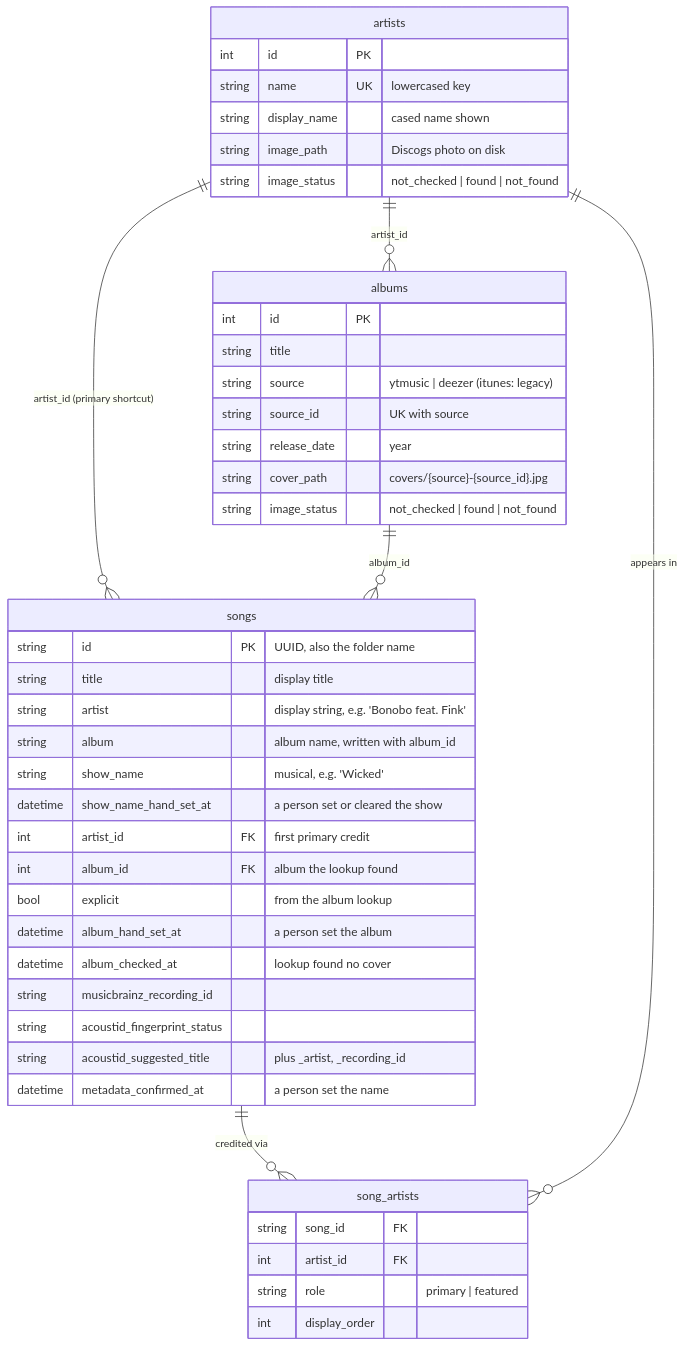
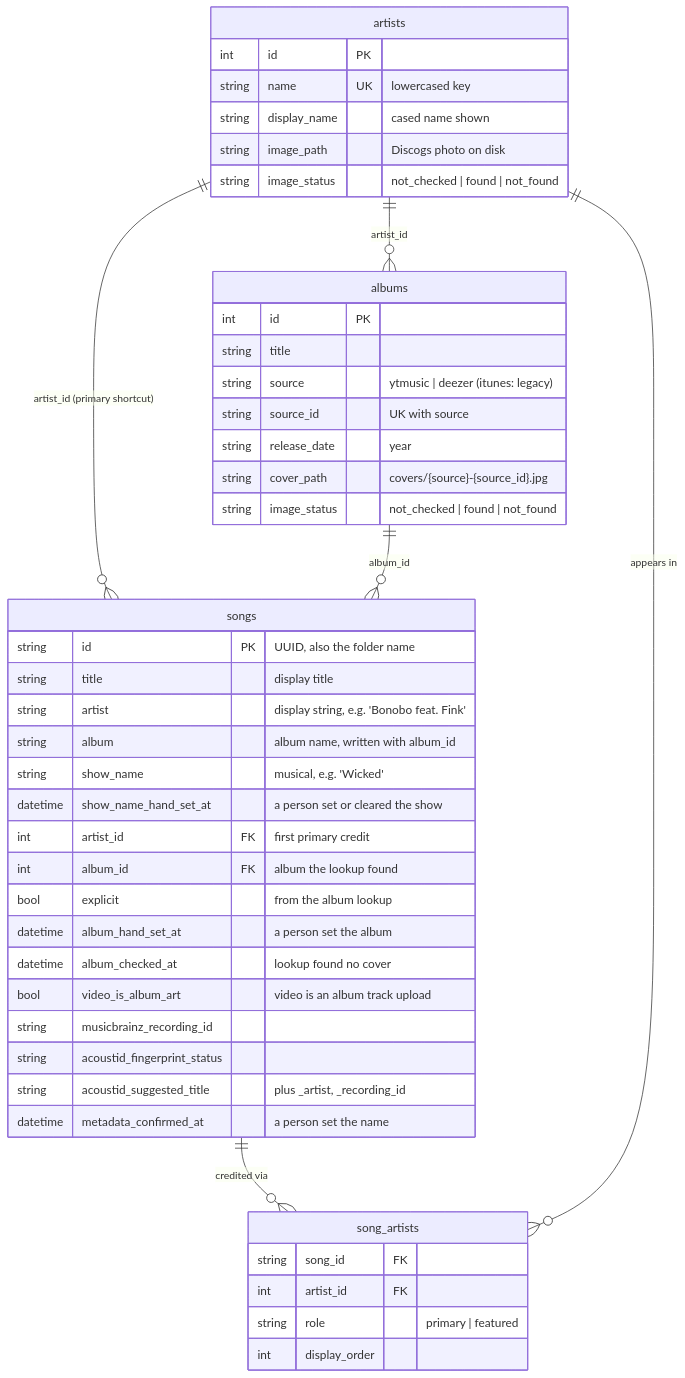
One commit to spencerfrost/open-karaoke-studio changed the second of 10 diagrams in docs/domains/song-library.md. Above: the diagram before and after it, drawn with Mermaid. The commit also changed other lines of this file and 22 other files, not shown here.

First line of the commit message:
feat(library): mark album-art videos and show their cover once

````diff
--- a/docs/domains/song-library.md
+++ b/docs/domains/song-library.md
@@ -80,48 +80,49 @@
 ```mermaid
 erDiagram
     songs ||--o{ song_artists : "credited via"
     artists ||--o{ song_artists : "appears in"
     artists ||--o{ songs : "artist_id (primary shortcut)"
     albums ||--o{ songs : "album_id"
     artists ||--o{ albums : "artist_id"
 
     songs {
         string id PK "UUID, also the folder name"
         string title "display title"
         string artist "display string, e.g. 'Bonobo feat. Fink'"
         string album "album name, written with album_id"
         string show_name "musical, e.g. 'Wicked'"
         datetime show_name_hand_set_at "a person set or cleared the show"
         int artist_id FK "first primary credit"
         int album_id FK "album the lookup found"
         bool explicit "from the album lookup"
         datetime album_hand_set_at "a person set the album"
         datetime album_checked_at "lookup found no cover"
+        bool video_is_album_art "video is an album track upload"
         string musicbrainz_recording_id
         string acoustid_fingerprint_status
         string acoustid_suggested_title "plus _artist, _recording_id"
         datetime metadata_confirmed_at "a person set the name"
     }
     artists {
         int id PK
         string name UK "lowercased key"
         string display_name "cased name shown"
         string image_path "Discogs photo on disk"
         string image_status "not_checked | found | not_found"
     }
     song_artists {
         string song_id FK
         int artist_id FK
         string role "primary | featured"
         int display_order
     }
     albums {
         int id PK
         string title
         string source "ytmusic | deezer (itunes: legacy)"
         string source_id "UK with source"
         string release_date "year"
         string cover_path "covers/{source}-{source_id}.jpg"
         string image_status "not_checked | found | not_found"
     }
 ```
````
